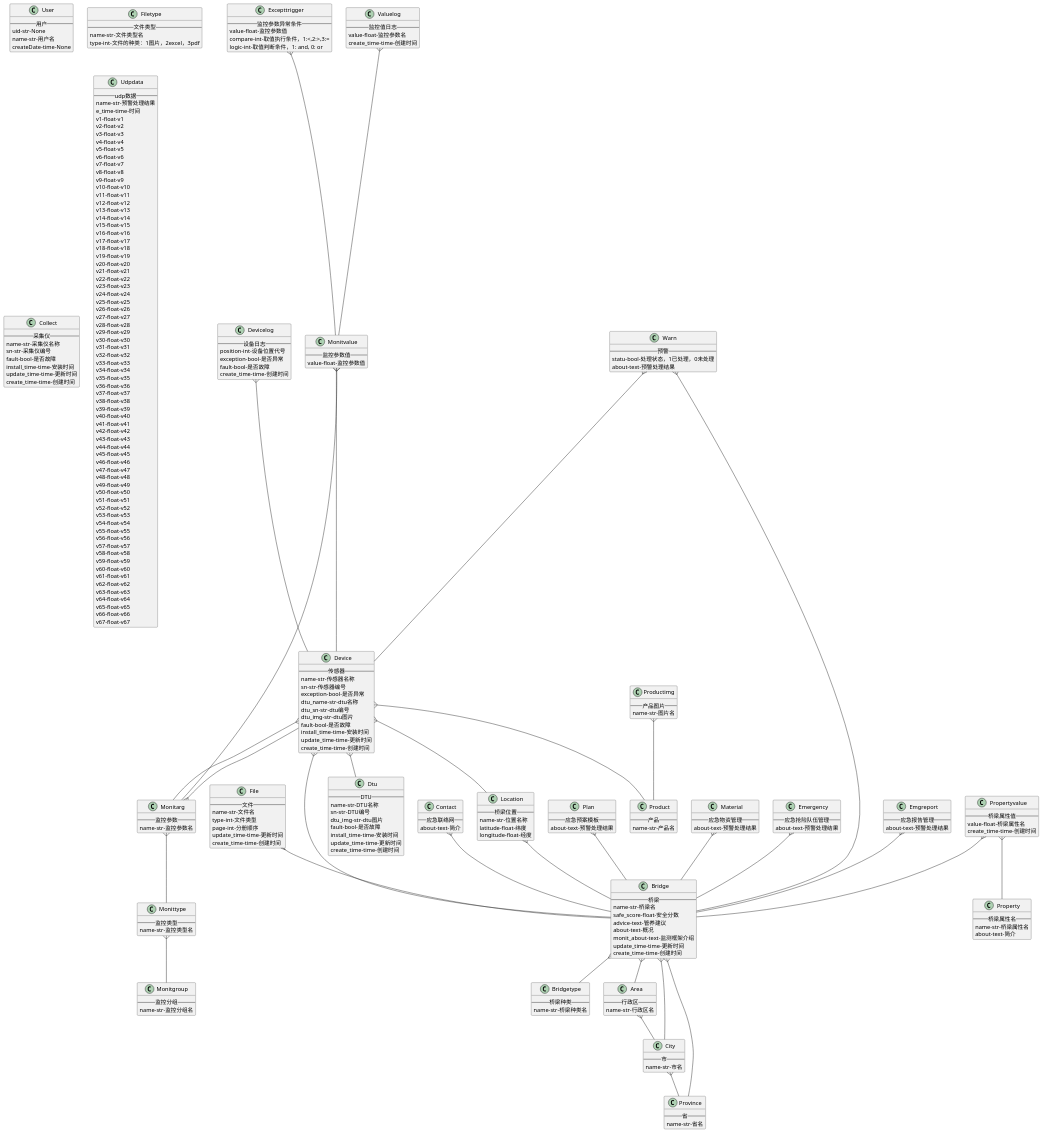
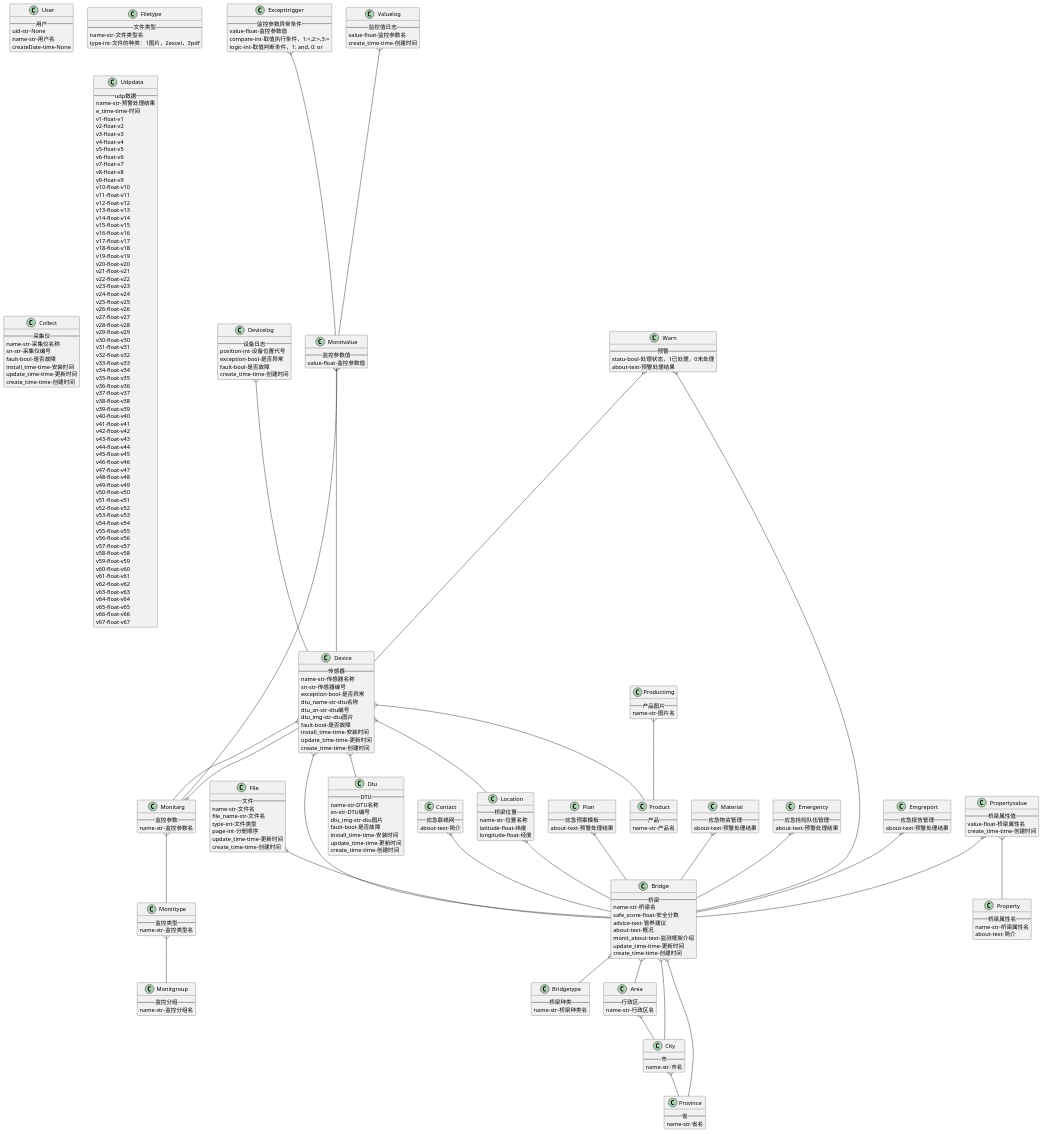
Before and after one commit to drgonn/doc: the diagram in 表结构.plantuml, drawn with PlantUML. The commit also changed 1 other file, not shown here.

```diff
--- a/表结构.plantuml
+++ b/表结构.plantuml
@@ -57,6 +57,7 @@
 Class File {
 	--文件--
 	name-str-文件名
+	file_name-str-文件名
 	type-int-文件类型
 	page-int-分册顺序
 	update_time-time-更新时间
```
